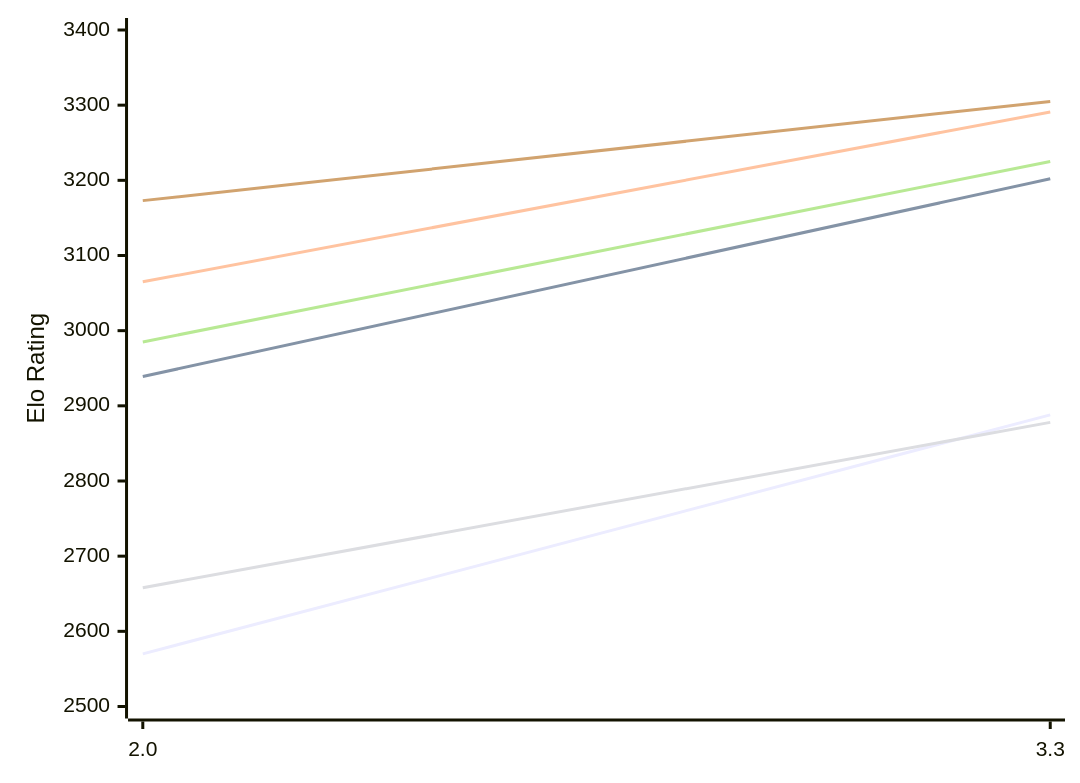
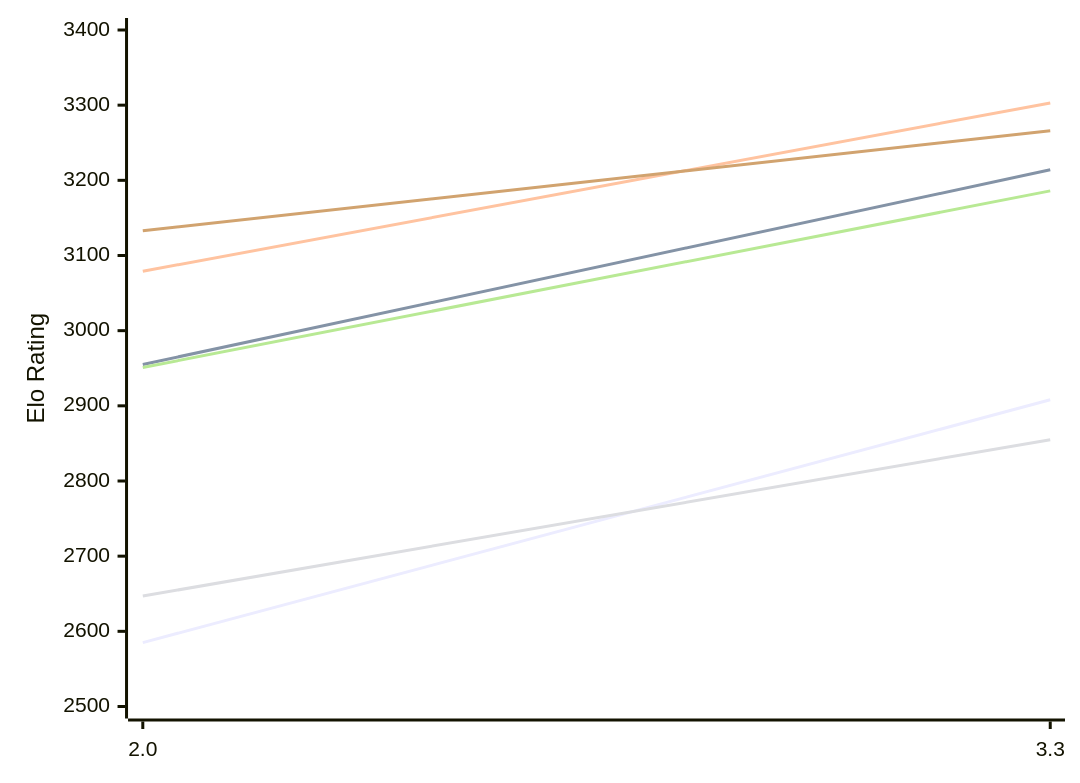
Before and after one commit to computer-chess-index/cci: the first of 2 diagrams in engines/Ceylondemon.md, drawn with Mermaid. The commit also changed other lines of this file, not shown here.

Commit message:
Update CCI Ratings (ELO VLTC) - 2026-11-14

````diff
--- a/engines/Ceylondemon.md
+++ b/engines/Ceylondemon.md
@@ -50,12 +50,12 @@
 ```mermaid
 %%{init: {"theme":"base","themeVariables":{"seriesColors:['#a3a3a3','#222221','#faa371']}}}%%
 xychart-beta
   x-axis ["2.0", "3.3"]
   y-axis "Elo Rating" 2500 --> 3400
-  line "E1: STC (8.0+0.08s)" [2570, 2888]
-  line "E1: LTC (60.0+0.60s)" [2939, 3202]
-  line "E1: VLTC (2m24s+1.12s)" [3065, 3291]
-  line "P1: STC (8.0+0.08s)" [2658, 2878]
-  line "P1: LTC (60.0+0.60s)" [2985, 3225]
-  line "P1: VLTC (2m24s+1.12s)" [3173, 3305]
+  line "E1: STC (8.0+0.08s)" [2585, 2908]
+  line "E1: LTC (60.0+0.60s)" [2955, 3214]
+  line "E1: VLTC (2m24s+1.12s)" [3079, 3303]
+  line "P1: STC (8.0+0.08s)" [2647, 2855]
+  line "P1: LTC (60.0+0.60s)" [2951, 3186]
+  line "P1: VLTC (2m24s+1.12s)" [3133, 3266]
 ```
````
